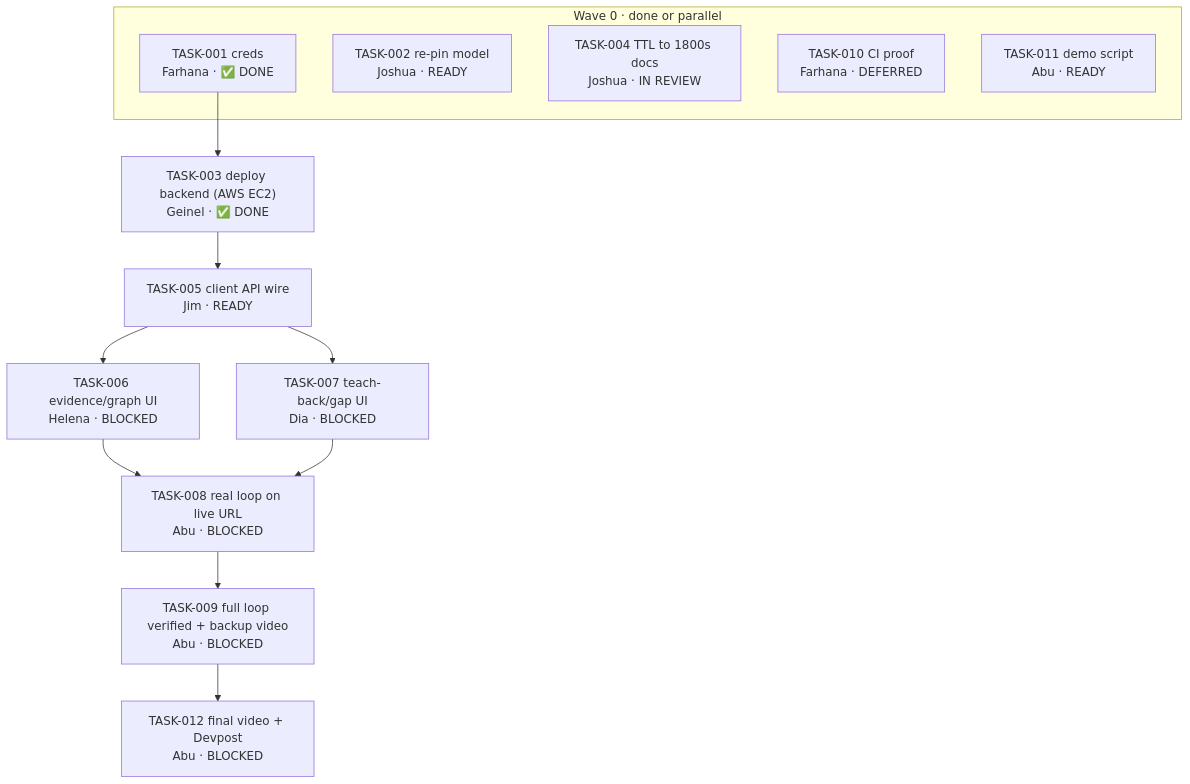
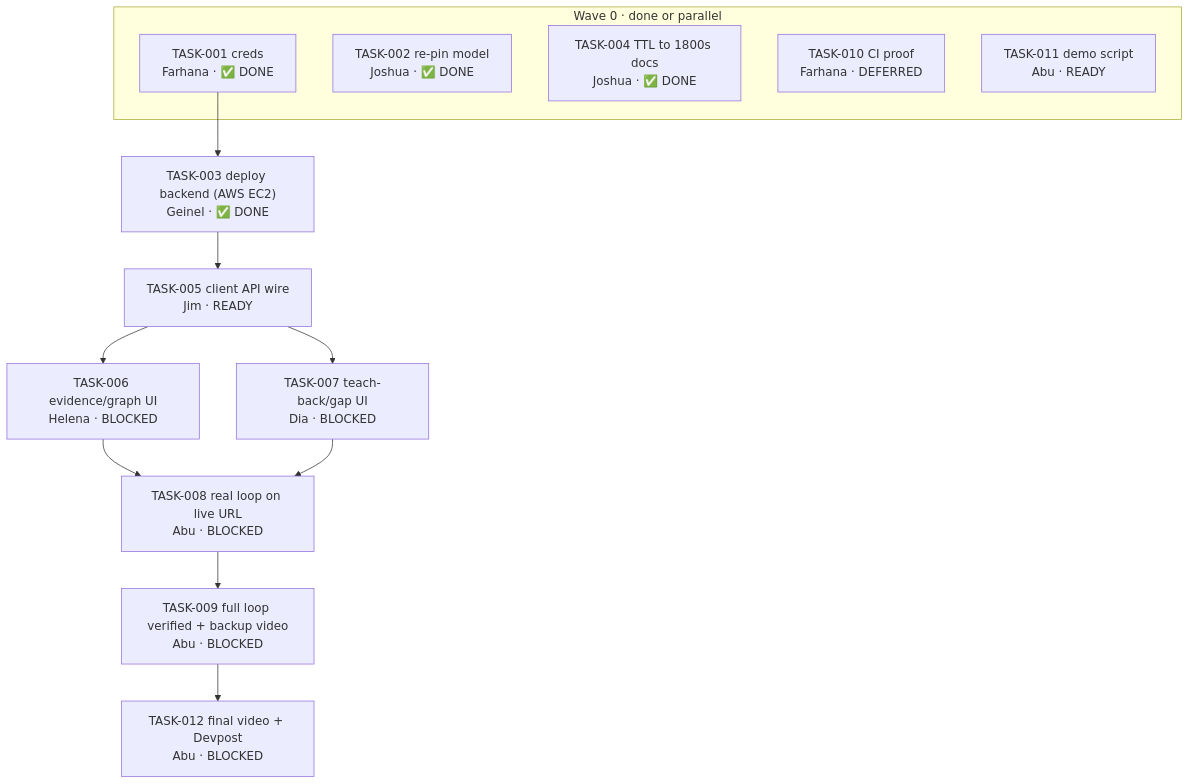
One commit to varietase/convex changed the diagram in docs/implementation-plan.md. Above: the diagram before and after it, drawn with Mermaid. The commit also changed other lines of this file, not shown here.

First line of the commit message:
docs: plan checkpoint — TASK-002/004 done, §4 recomputed

````diff
--- a/docs/implementation-plan.md
+++ b/docs/implementation-plan.md
@@ -127,24 +126,24 @@
 ```mermaid
 flowchart TD
   subgraph W0["Wave 0 · done or parallel"]
     T1["TASK-001 creds<br/>Farhana · ✅ DONE"]
-    T2["TASK-002 re-pin model<br/>Joshua · READY"]
-    T4["TASK-004 TTL to 1800s docs<br/>Joshua · IN REVIEW"]
+    T2["TASK-002 re-pin model<br/>Joshua · ✅ DONE"]
+    T4["TASK-004 TTL to 1800s docs<br/>Joshua · ✅ DONE"]
     T10["TASK-010 CI proof<br/>Farhana · DEFERRED"]
     T11["TASK-011 demo script<br/>Abu · READY"]
   end
   T3["TASK-003 deploy backend (AWS EC2)<br/>Geinel · ✅ DONE"]
   T5["TASK-005 client API wire<br/>Jim · READY"]
   T6["TASK-006 evidence/graph UI<br/>Helena · BLOCKED"]
   T7["TASK-007 teach-back/gap UI<br/>Dia · BLOCKED"]
   T8["TASK-008 real loop on live URL<br/>Abu · BLOCKED"]
   T9["TASK-009 full loop verified + backup video<br/>Abu · BLOCKED"]
   T12["TASK-012 final video + Devpost<br/>Abu · BLOCKED"]
 
   T1 --> T3 --> T5
   T5 --> T6
   T5 --> T7
   T6 --> T8
   T7 --> T8
   T8 --> T9 --> T12
 ```
````
